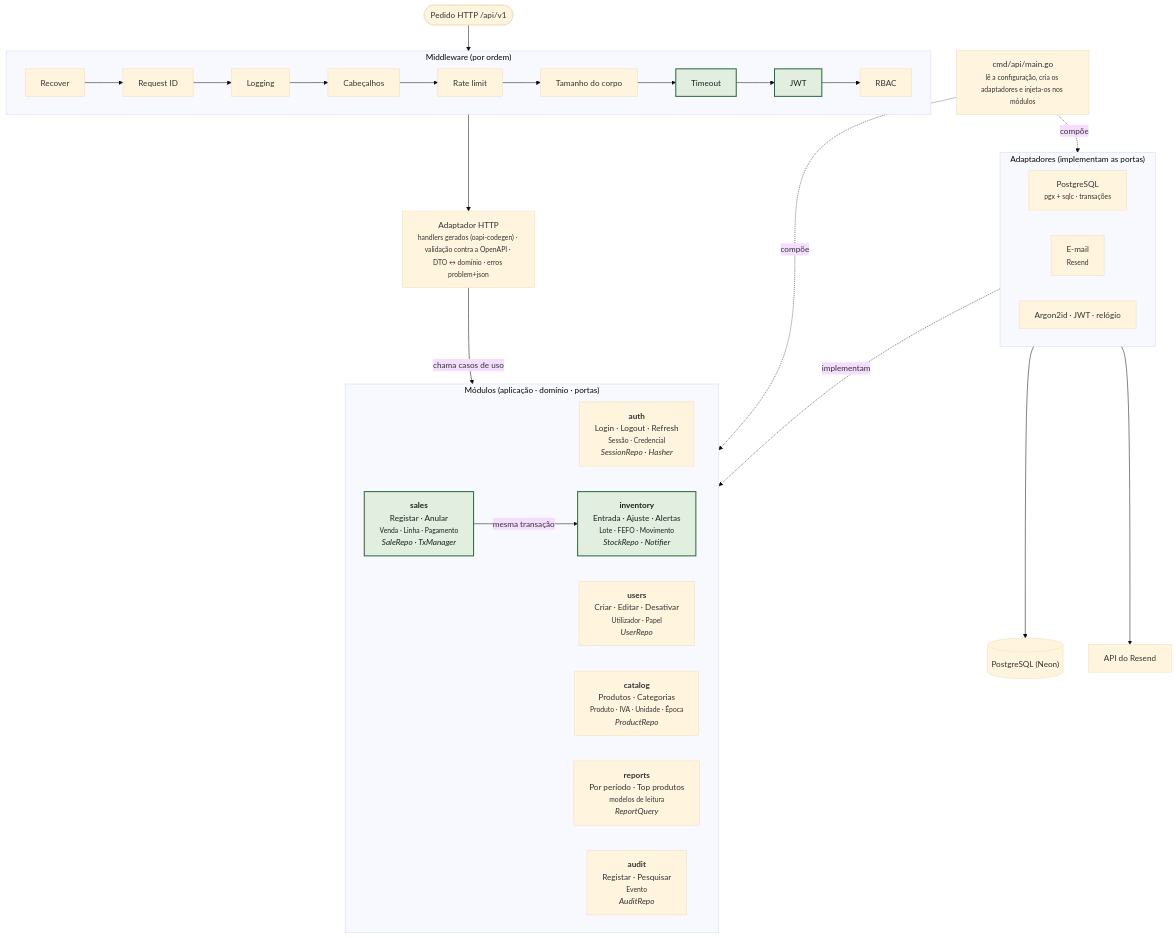
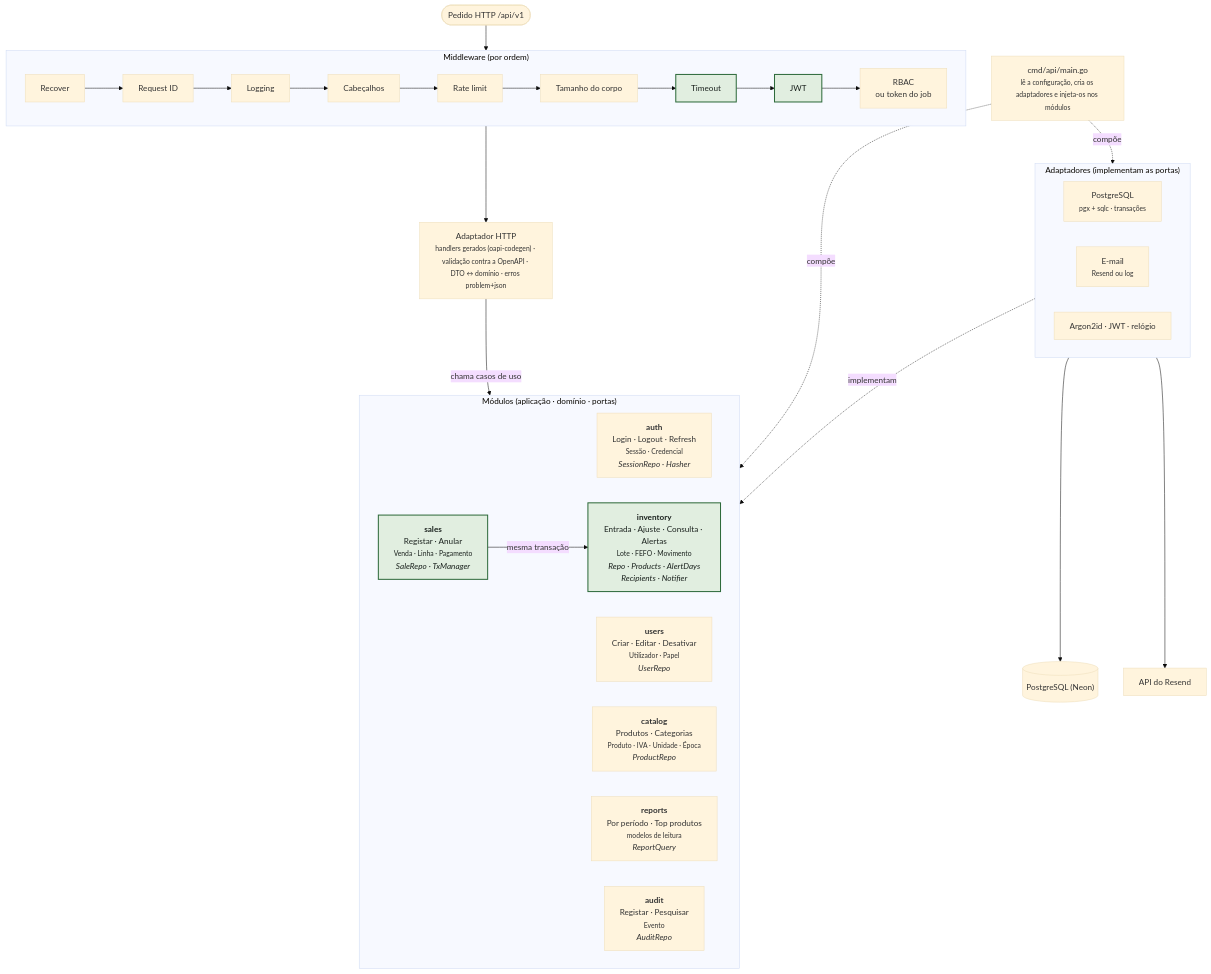
The first of 2 diagrams in docs/architecture/backend.md (VascoDuart/loja-da-quinta), drawn with Mermaid (base theme) before and after one commit. The commit also changed other lines of this file and 68 other files, not shown here.

First line of the commit message:
feat: consulta de stock e alertas diários (#14)

````diff
--- a/docs/architecture/backend.md
+++ b/docs/architecture/backend.md
@@ -7,44 +7,44 @@
 ```mermaid
 flowchart TB
     REQ(["Pedido HTTP /api/v1"])
 
     subgraph MW["Middleware (por ordem)"]
         direction LR
-        M1[Recover] --> M2[Request ID] --> M3[Logging] --> M4[Cabeçalhos] --> M5[Rate limit] --> M6[Tamanho do corpo] --> M7[Timeout] --> M8[JWT] --> M9[RBAC]
+        M1[Recover] --> M2[Request ID] --> M3[Logging] --> M4[Cabeçalhos] --> M5[Rate limit] --> M6[Tamanho do corpo] --> M7[Timeout] --> M8[JWT] --> M9[RBAC<br/>ou token do job]
     end
 
     HTTP["Adaptador HTTP<br/><small>handlers gerados (oapi-codegen) · validação contra a OpenAPI · DTO ↔ domínio · erros problem+json</small>"]
 
     subgraph MOD["Módulos (aplicação · domínio · portas)"]
         direction LR
         AUTH["<b>auth</b><br/>Login · Logout · Refresh<br/><small>Sessão · Credencial</small><br/><i>SessionRepo · Hasher</i>"]
         USERS["<b>users</b><br/>Criar · Editar · Desativar<br/><small>Utilizador · Papel</small><br/><i>UserRepo</i>"]
         CAT["<b>catalog</b><br/>Produtos · Categorias<br/><small>Produto · IVA · Unidade · Época</small><br/><i>ProductRepo</i>"]
-        INV["<b>inventory</b><br/>Entrada · Ajuste · Alertas<br/><small>Lote · FEFO · Movimento</small><br/><i>StockRepo · Notifier</i>"]
+        INV["<b>inventory</b><br/>Entrada · Ajuste · Consulta · Alertas<br/><small>Lote · FEFO · Movimento</small><br/><i>Repo · Products · AlertDays<br/>Recipients · Notifier</i>"]
         SALES["<b>sales</b><br/>Registar · Anular<br/><small>Venda · Linha · Pagamento</small><br/><i>SaleRepo · TxManager</i>"]
         REP["<b>reports</b><br/>Por período · Top produtos<br/><small>modelos de leitura</small><br/><i>ReportQuery</i>"]
         AUD["<b>audit</b><br/>Registar · Pesquisar<br/><small>Evento</small><br/><i>AuditRepo</i>"]
     end
 
     subgraph AD["Adaptadores (implementam as portas)"]
         direction LR
         PGA["PostgreSQL<br/><small>pgx + sqlc · transações</small>"]
-        MA["E-mail<br/><small>Resend</small>"]
+        MA["E-mail<br/><small>Resend ou log</small>"]
         CR["Argon2id · JWT · relógio"]
     end
 
     PG[("PostgreSQL (Neon)")]
     RS["API do Resend"]
     MAIN["cmd/api/main.go<br/><small>lê a configuração, cria os adaptadores e injeta-os nos módulos</small>"]
 
     REQ --> MW --> HTTP -- "chama casos de uso" --> MOD
     SALES -- "mesma transação" --> INV
     AD -. "implementam" .-> MOD
     PGA --> PG
     MA --> RS
     MAIN -. "compõe" .-> AD
     MAIN -. "compõe" .-> MOD
 
     classDef hot fill:#e1eee0,stroke:#2e6a3b,stroke-width:2px,color:#1b221e
     class INV,SALES,M7,M8 hot
 ```
````
